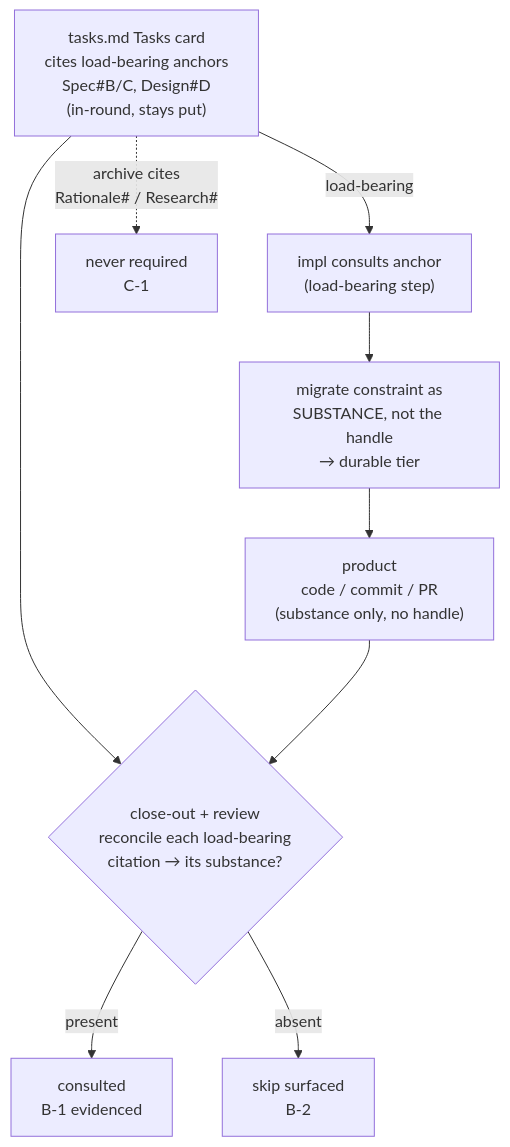
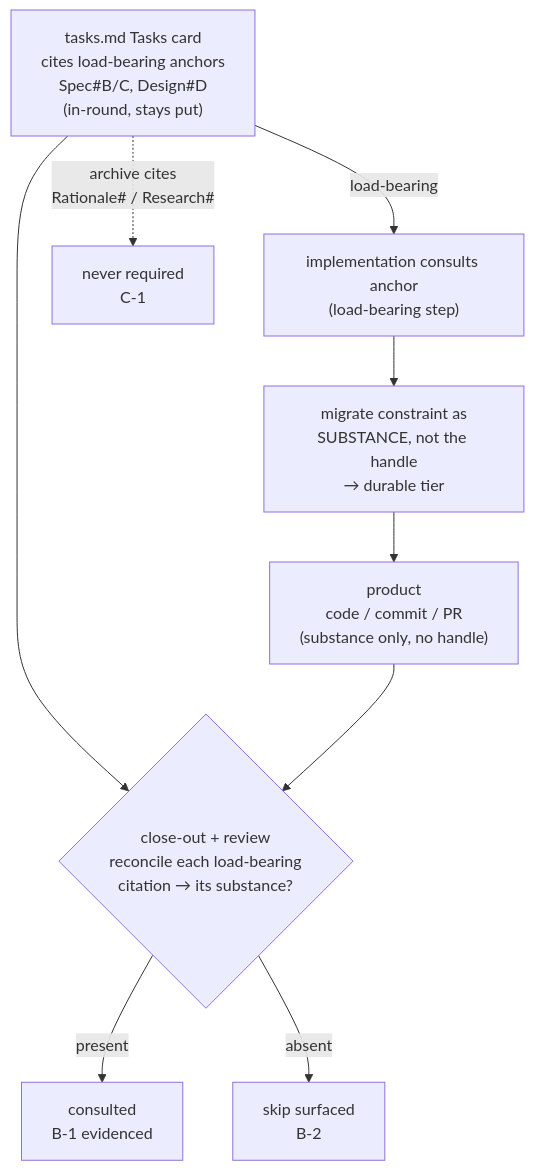
Before and after one commit to mynghn/leanplan: the diagram in docs/features/260621-jit-load-guarantee/design.md, drawn with Mermaid. The commit also changed other lines of this file and 35 other files, not shown here.

````diff
--- a/docs/features/260621-jit-load-guarantee/design.md
+++ b/docs/features/260621-jit-load-guarantee/design.md
@@ -7,12 +7,12 @@
 ```mermaid
 flowchart TD
   Tasks["tasks.md Tasks card<br/>cites load-bearing anchors<br/>Spec#B/C, Design#D<br/>(in-round, stays put)"]
-  Tasks -->|load-bearing| CONSULT["impl consults anchor<br/>(load-bearing step)"]
+  Tasks -->|load-bearing| CONSULT["implementation consults anchor<br/>(load-bearing step)"]
   Tasks -. "archive cites<br/>Rationale# / Research#" .-> NEVER["never required<br/>C-1"]
   CONSULT --> DISTILL["migrate constraint as<br/>SUBSTANCE, not the handle<br/>→ durable tier"]
   DISTILL --> PROD["product<br/>code / commit / PR<br/>(substance only, no handle)"]
   Tasks --> RECON{"close-out + review<br/>reconcile each load-bearing<br/>citation → its substance?"}
   PROD --> RECON
   RECON -->|present| OK["consulted<br/>B-1 evidenced"]
   RECON -->|absent| FLAG["skip surfaced<br/>B-2"]
 ```
````
